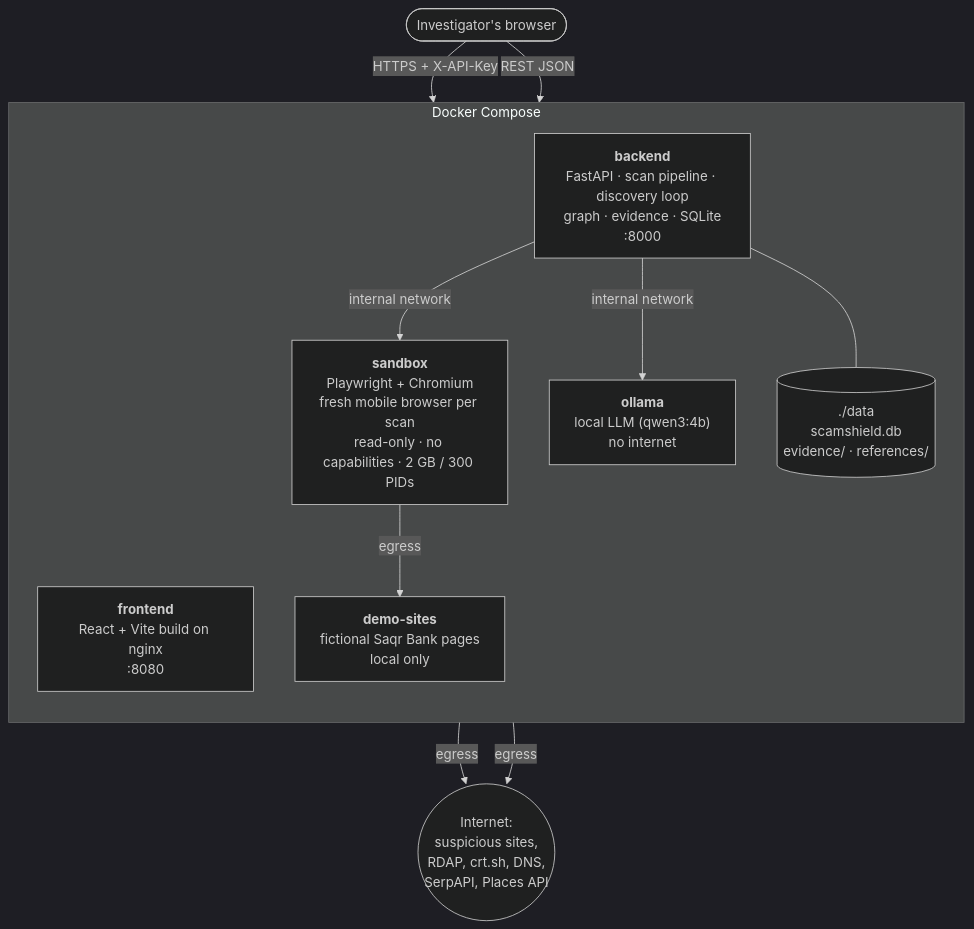
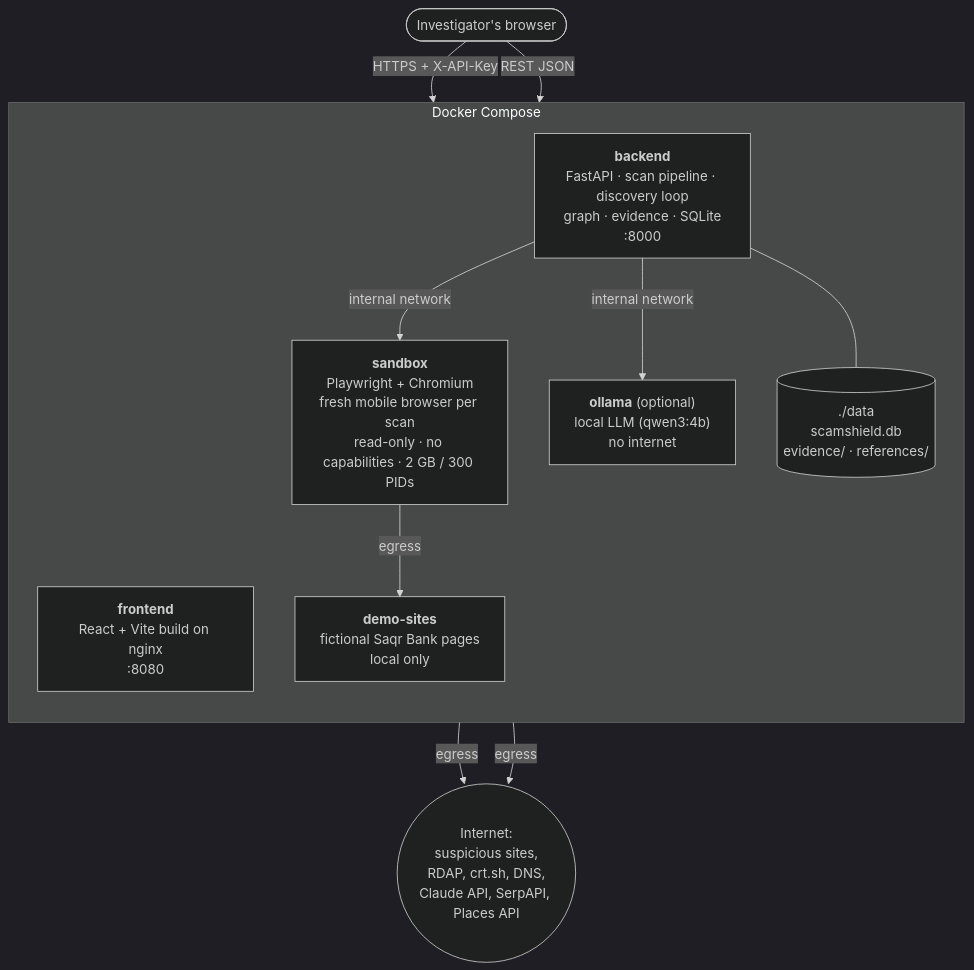
The second of 5 diagrams in README.md (itshaithem/AD-police-hackathon), drawn with Mermaid (dark theme) before and after one commit. The commit also changed other lines of this file and 1 other file, not shown here.

Commit message:
README and env example: Claude analyst, cloud + Vercel deployment, eval note

````diff
--- a/README.md
+++ b/README.md
@@ -89,25 +89,25 @@
 ```mermaid
 flowchart TB
     user(["Investigator's browser"])
 
     subgraph host["Docker Compose"]
         direction TB
         fe["<b>frontend</b><br/>React + Vite build on nginx<br/>:8080"]
         be["<b>backend</b><br/>FastAPI · scan pipeline · discovery loop<br/>graph · evidence · SQLite<br/>:8000"]
         sb["<b>sandbox</b><br/>Playwright + Chromium<br/>fresh mobile browser per scan<br/>read-only · no capabilities · 2 GB / 300 PIDs"]
-        ol["<b>ollama</b><br/>local LLM (qwen3:4b)<br/>no internet"]
+        ol["<b>ollama</b> (optional)<br/>local LLM (qwen3:4b)<br/>no internet"]
         ds["<b>demo-sites</b><br/>fictional Saqr Bank pages<br/>local only"]
         vol[("./data<br/>scamshield.db<br/>evidence/ · references/")]
     end
 
-    web(("Internet:<br/>suspicious sites,<br/>RDAP, crt.sh, DNS,<br/>SerpAPI, Places API"))
+    web(("Internet:<br/>suspicious sites,<br/>RDAP, crt.sh, DNS,<br/>Claude API, SerpAPI, Places API"))
 
     user -->|"HTTPS + X-API-Key"| fe
     user -->|"REST JSON"| be
     be -->|"internal network"| sb
     be -->|"internal network"| ol
     be --- vol
     be -->|"egress"| web
     sb -->|"egress"| web
     sb -->|"egress"| ds
 ```
````
